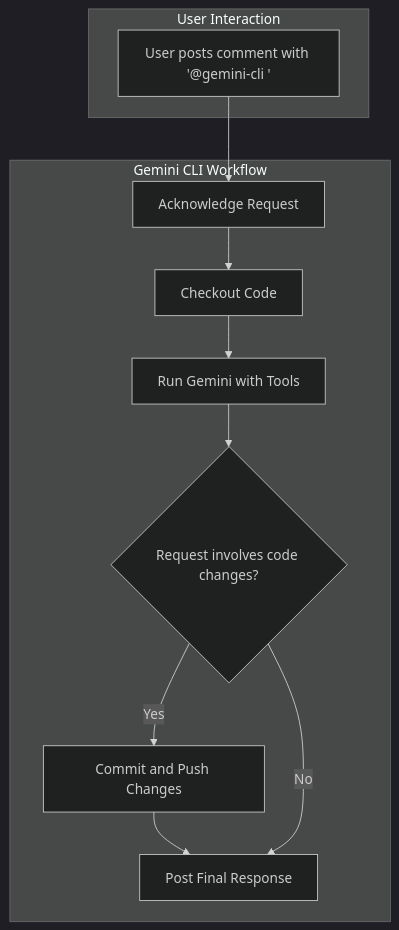
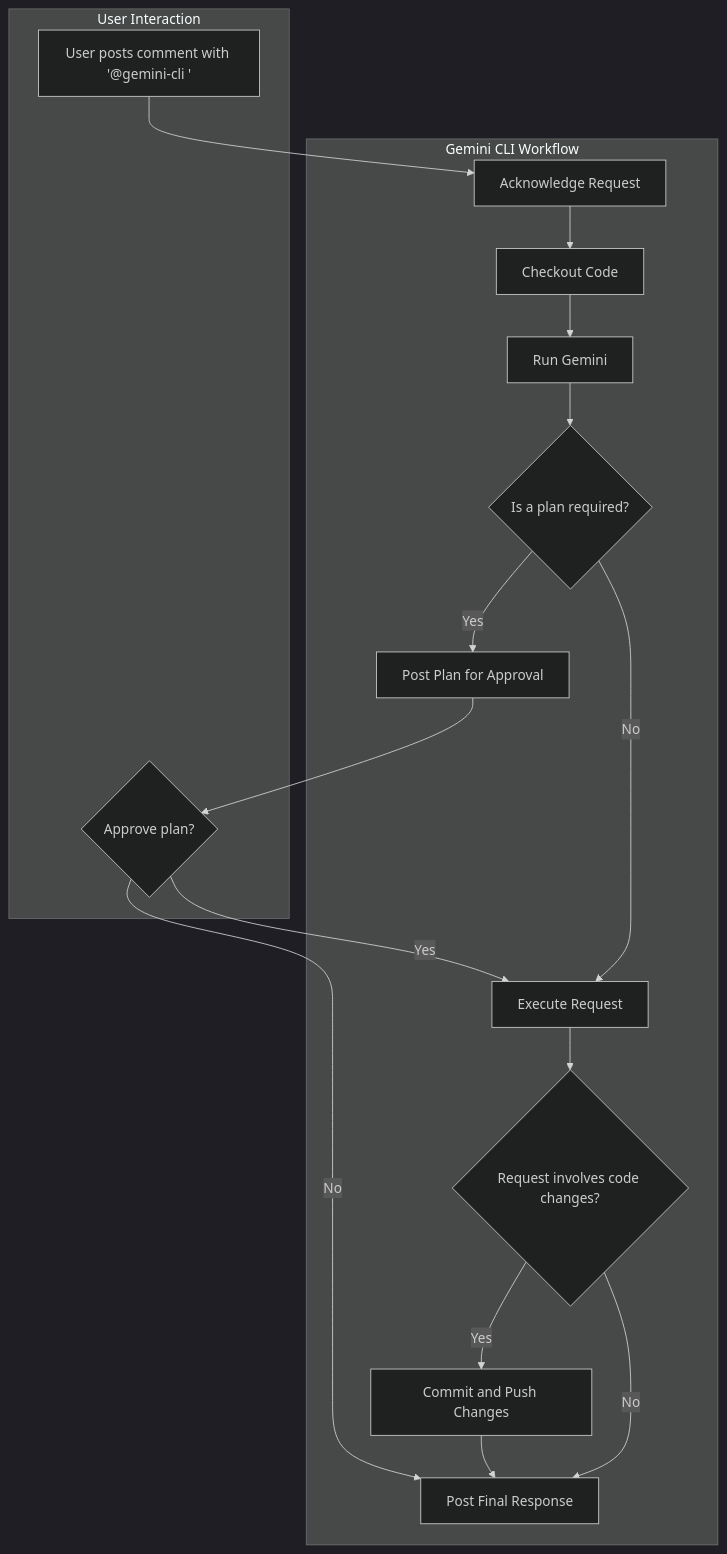
The diagram in workflows/gemini-cli/README.md (google-github-actions/run-gemini-cli), drawn with Mermaid (dark theme) before and after one commit. The commit also changed other lines of this file and 2 other files, not shown here.

Commit message:
Update gemini-cli workflow to include planning step if request is complex

````diff
--- a/workflows/gemini-cli/README.md
+++ b/workflows/gemini-cli/README.md
@@ -94,23 +94,33 @@
 ```mermaid
 flowchart TD
     subgraph "User Interaction"
         A[User posts comment with '@gemini-cli <request>']
+        F{Approve plan?}
     end
 
     subgraph "Gemini CLI Workflow"
         B[Acknowledge Request]
         C[Checkout Code]
-        D[Run Gemini with Tools]
-        E{Request involves code changes?}
-        F[Commit and Push Changes]
-        G[Post Final Response]
+        D[Run Gemini]
+        E{Is a plan required?}
+        G[Post Plan for Approval]
+        H[Execute Request]
+        I{Request involves code changes?}
+        J[Commit and Push Changes]
+        K[Post Final Response]
     end
 
     A --> B
     B --> C
     C --> D
     D --> E
-    E -- Yes --> F
-    F --> G
-    E -- No --> G
+    E -- Yes --> G
+    G --> F
+    F -- Yes --> H
+    F -- No --> K
+    E -- No --> H
+    H --> I
+    I -- Yes --> J
+    J --> K
+    I -- No --> K
 ```
````
